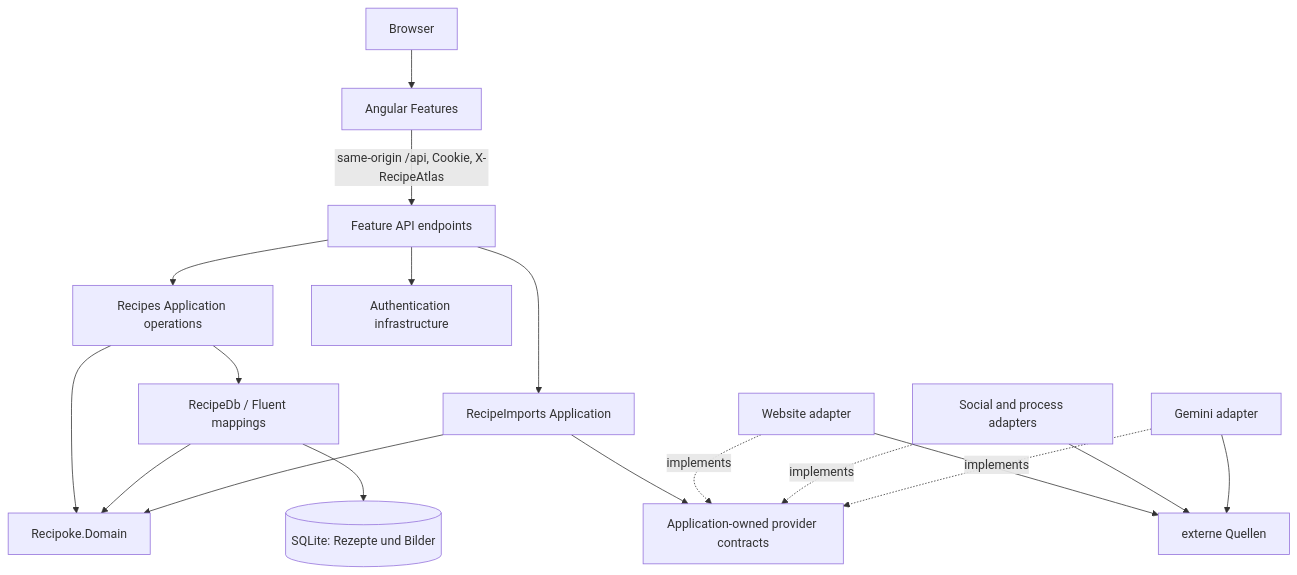
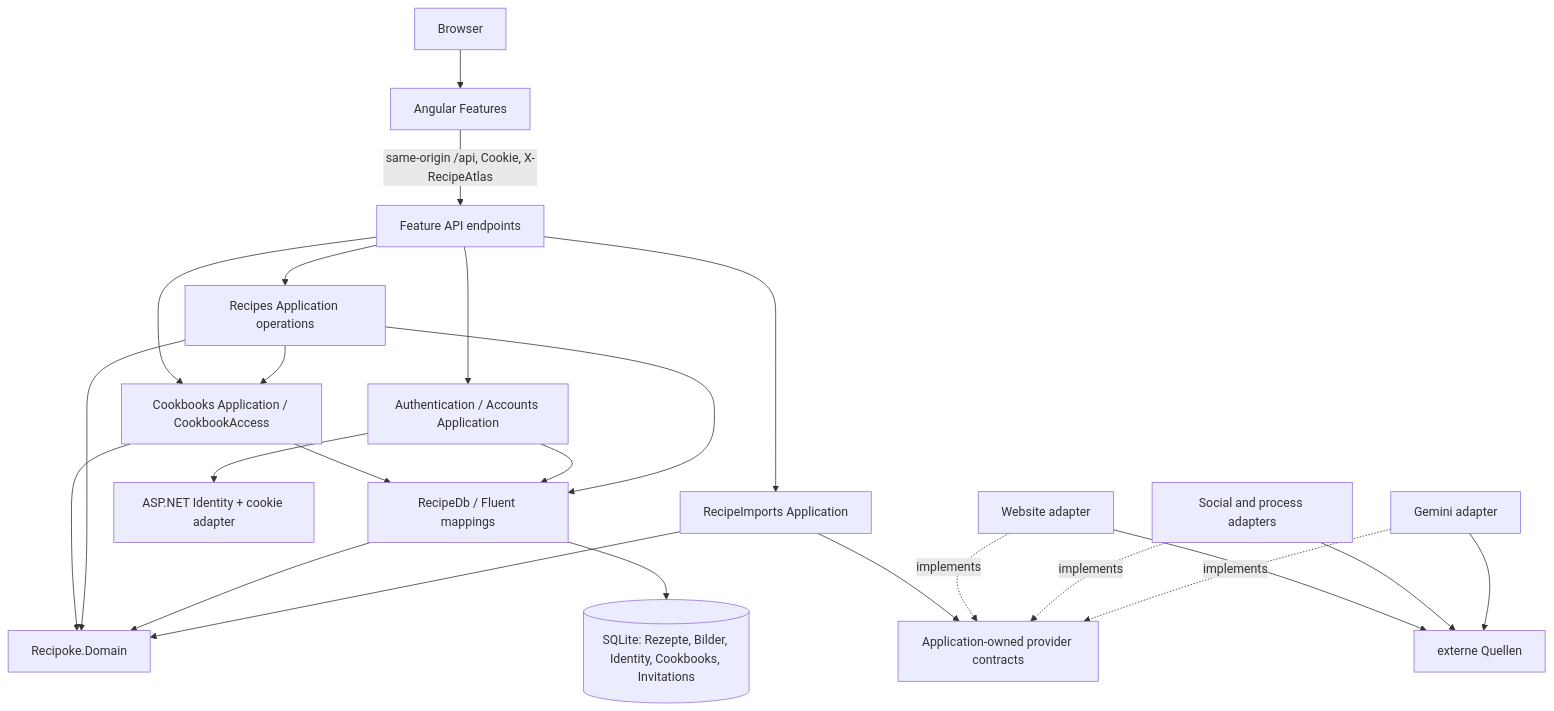
The diagram in docs/architecture/README.md (Snegge/RecipeAtlas), drawn with Mermaid before and after one commit. The commit also changed other lines of this file and 12 other files, not shown here.

````diff
--- a/docs/architecture/README.md
+++ b/docs/architecture/README.md
@@ -62,20 +82,26 @@
 ```mermaid
 flowchart TD
   Browser[Browser] --> Angular[Angular Features]
   Angular -->|same-origin /api, Cookie, X-RecipeAtlas| HTTP[Feature API endpoints]
   HTTP --> Recipes[Recipes Application operations]
   HTTP --> Imports[RecipeImports Application]
-  HTTP --> Auth[Authentication infrastructure]
+  HTTP --> Auth[Authentication / Accounts Application]
+  HTTP --> Books[Cookbooks Application / CookbookAccess]
+  Recipes --> Books
+  Books --> Domain
+  Books --> EF
+  Auth --> EF
+  Auth --> Identity[ASP.NET Identity + cookie adapter]
   Recipes --> Domain[Recipoke.Domain]
   Recipes --> EF[RecipeDb / Fluent mappings]
   EF --> Domain
-  EF --> SQLite[(SQLite: Rezepte und Bilder)]
+  EF --> SQLite[(SQLite: Rezepte, Bilder, Identity, Cookbooks, Invitations)]
   Imports --> Domain
   Imports --> Ports[Application-owned provider contracts]
   Website[Website adapter] -. implements .-> Ports
   Social[Social and process adapters] -. implements .-> Ports
   Gemini[Gemini adapter] -. implements .-> Ports
   Website --> Internet[externe Quellen]
   Social --> Internet
   Gemini --> Internet
 ```
````
